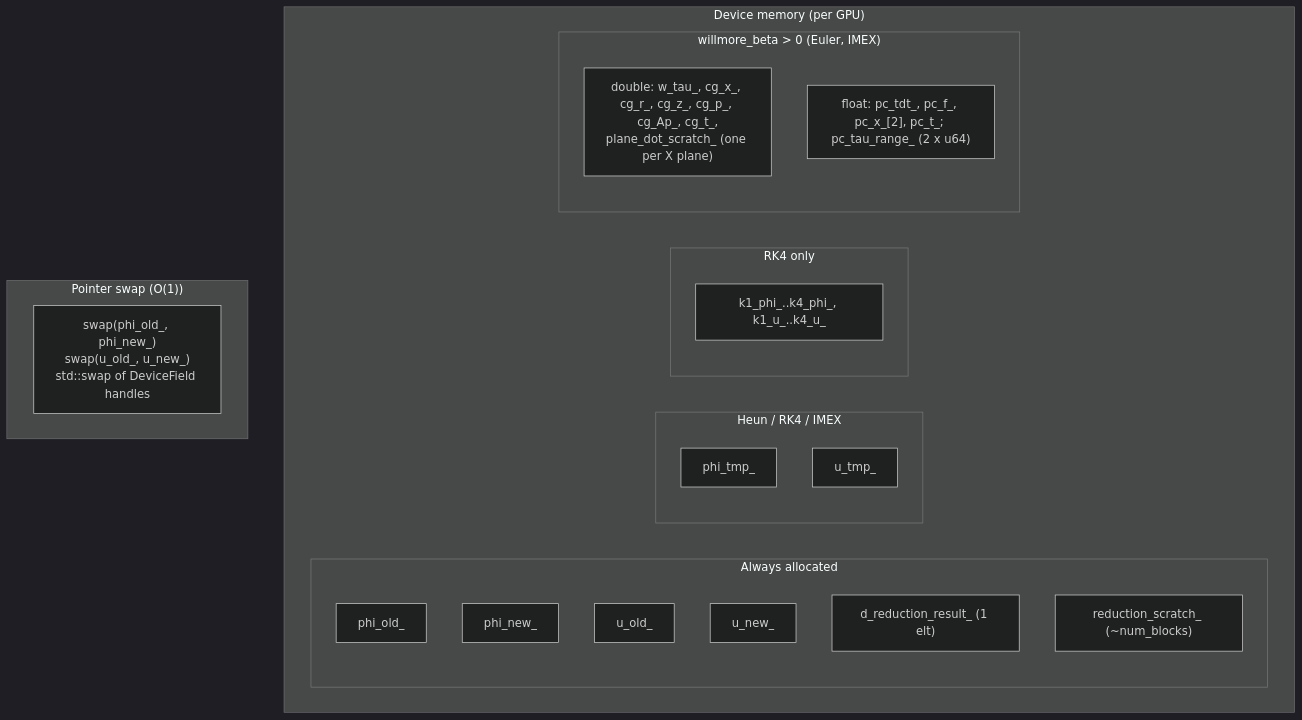
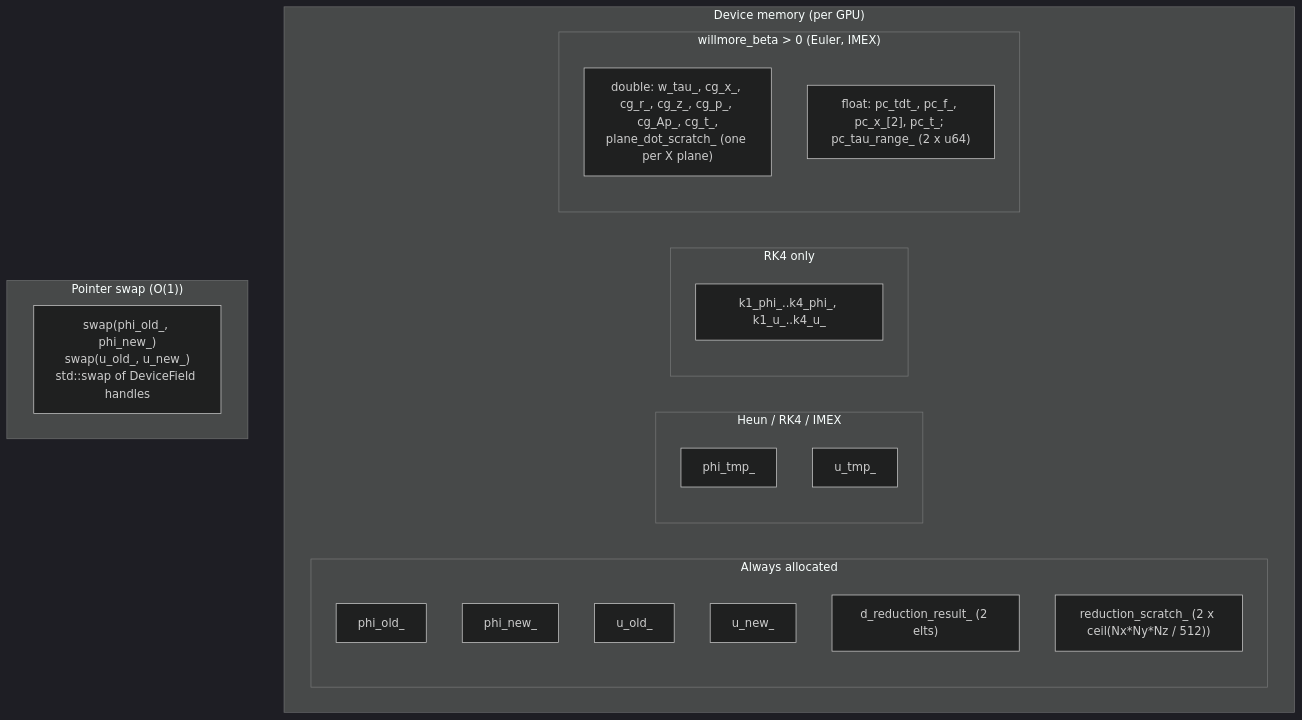
One commit to myousefi2016/Allen-Cahn-CUDA changed the fifth of 9 diagrams in docs/ARCHITECTURE.md. Above: the diagram before and after it, drawn with Mermaid (dark theme). The commit also changed other lines of this file and 15 other files, not shown here.

````diff
--- a/docs/ARCHITECTURE.md
+++ b/docs/ARCHITECTURE.md
@@ -282,27 +284,27 @@
 ```mermaid
 graph TB
     subgraph DeviceMem["Device memory (per GPU)"]
         subgraph Always["Always allocated"]
             phi_old["phi_old_"]
             phi_new["phi_new_"]
             u_old["u_old_"]
             u_new["u_new_"]
-            redr["d_reduction_result_ (1 elt)"]
-            reds["reduction_scratch_ (~num_blocks)"]
+            redr["d_reduction_result_ (2 elts)"]
+            reds["reduction_scratch_ (2 x ceil(Nx*Ny*Nz / 512))"]
         end
         subgraph HRI["Heun / RK4 / IMEX"]
             phi_tmp["phi_tmp_"]
             u_tmp["u_tmp_"]
         end
         subgraph RK4Only["RK4 only"]
             ks["k1_phi_..k4_phi_, k1_u_..k4_u_"]
         end
         subgraph Willmore["willmore_beta > 0 (Euler, IMEX)"]
             wd["double: w_tau_, cg_x_, cg_r_, cg_z_, cg_p_, cg_Ap_, cg_t_,<br/>plane_dot_scratch_ (one per X plane)"]
             ws["float: pc_tdt_, pc_f_, pc_x_[2], pc_t_; pc_tau_range_ (2 x u64)"]
         end
     end
     subgraph Swap["Pointer swap (O(1))"]
         sw["swap(phi_old_, phi_new_)<br/>swap(u_old_, u_new_)<br/>std::swap of DeviceField handles"]
     end
 ```
````
